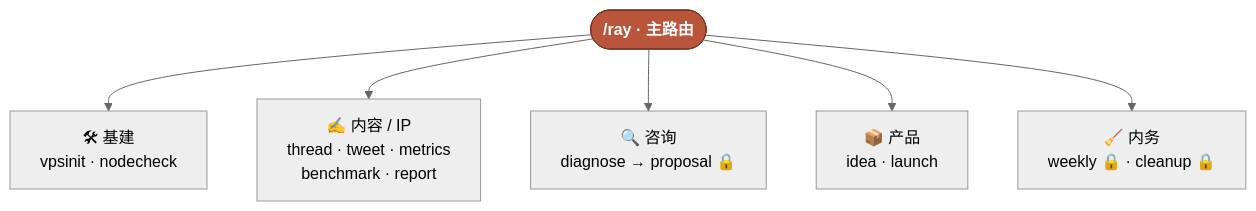
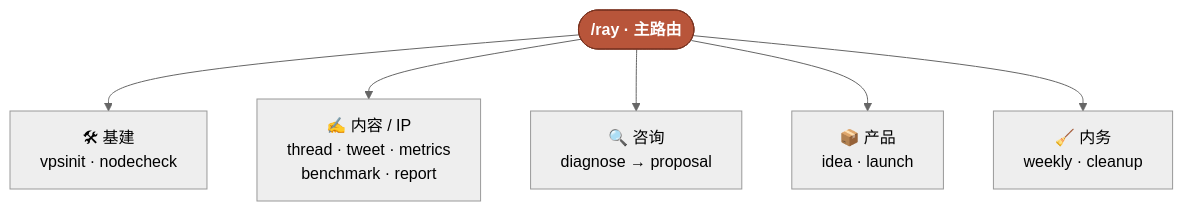
The diagram in README.md (imraywang/rayskills), drawn with Mermaid (neutral theme) before and after one commit. The commit also changed other lines of this file and 3 other files, not shown here.

````diff
--- a/README.md
+++ b/README.md
@@ -45,10 +45,10 @@
 ```mermaid
 flowchart TD
     RAY(["/ray · 主路由"]):::hub
     RAY --> INFRA["🛠 基建<br/>vpsinit · nodecheck"]
     RAY --> CONTENT["✍️ 内容 / IP<br/>thread · tweet · metrics<br/>benchmark · report"]
-    RAY --> CONSULT["🔍 咨询<br/>diagnose → proposal 🔒"]
+    RAY --> CONSULT["🔍 咨询<br/>diagnose → proposal"]
     RAY --> PRODUCT["📦 产品<br/>idea · launch"]
-    RAY --> OPS["🧹 内务<br/>weekly 🔒 · cleanup 🔒"]
+    RAY --> OPS["🧹 内务<br/>weekly · cleanup"]
     classDef hub fill:#b8553a,stroke:#7a3320,color:#fff,font-weight:bold;
 ```
````
